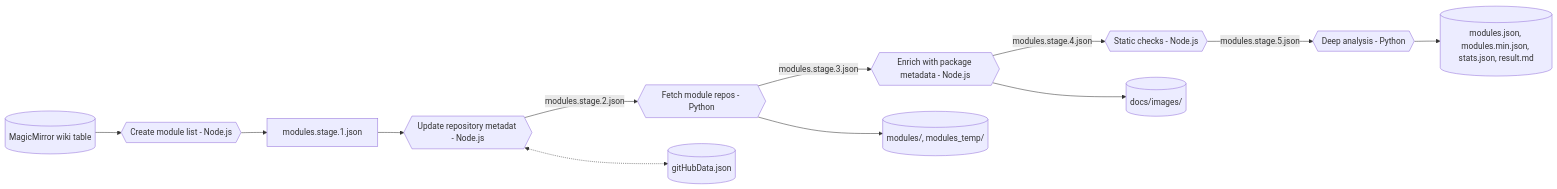
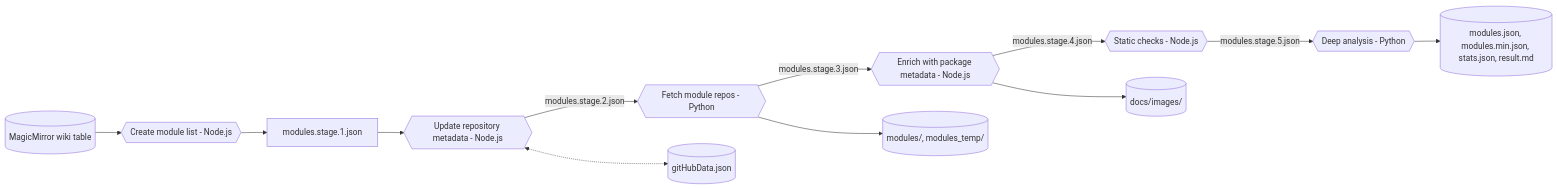
Before and after one commit to KristjanESPERANTO/MagicMirror-3rd-Party-Modules: the first of 2 diagrams in docs/architecture.md, drawn with Mermaid. The commit also changed 5 other files, not shown here.

````diff
--- a/docs/architecture.md
+++ b/docs/architecture.md
@@ -22,14 +22,14 @@
 ```mermaid
 flowchart LR
     wiki[("MagicMirror wiki table")] --> create{{"Create module list - Node.js"}}
     create --> stage1["modules.stage.1.json"]
-    stage1 --> update{{"Update repository metadat - Node.js"}}
+    stage1 --> update{{"Update repository metadata - Node.js"}}
     update -- "modules.stage.2.json" --> get{{"Fetch module repos - Python"}}
     update <-.-> cache[("gitHubData.json")]
     get -- "modules.stage.3.json" --> expand{{"Enrich with package metadata - Node.js"}}
     get --> clones[("modules/, modules_temp/")]
     expand -- "modules.stage.4.json" --> checkjs{{"Static checks - Node.js"}}
     expand --> images[("docs/images/")]
     checkjs -- "modules.stage.5.json" --> checkpy{{"Deep analysis - Python"}}
     checkpy --> outputs[("modules.json, modules.min.json, stats.json, result.md")]
 ```
````
